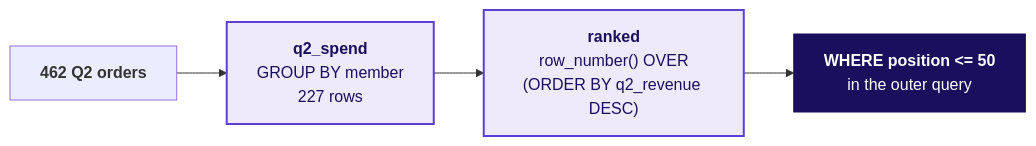
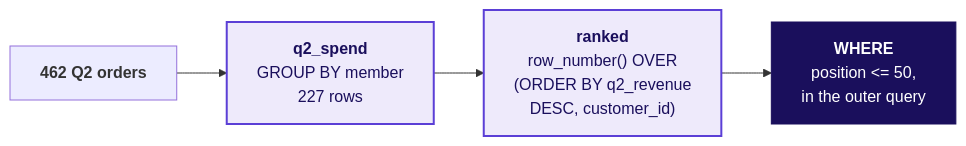
Before and after one commit to fde-academy-lab/c2-content-factory: the fourth of 20 diagrams in content/W02/D3/slides/C2_W02_D03_half1_STUDENT.md, drawn with Mermaid. The commit also changed other lines of this file and 43 other files, not shown here.

````diff
--- a/content/W02/D3/slides/C2_W02_D03_half1_STUDENT.md
+++ b/content/W02/D3/slides/C2_W02_D03_half1_STUDENT.md
@@ -241,10 +243,10 @@
 ```mermaid
 flowchart LR
     O["<b>462 Q2 orders</b>"] --> S["<b>q2_spend</b><br/>GROUP BY member<br/>227 rows"]
-    S --> N["<b>ranked</b><br/>row_number() OVER<br/>(ORDER BY q2_revenue DESC)"]
-    N --> K["<b>WHERE position <= 50</b><br/>in the outer query"]
+    S --> N["<b>ranked</b><br/>row_number() OVER<br/>(ORDER BY q2_revenue<br/>DESC, customer_id)"]
+    N --> K["<b>WHERE</b><br/>position <= 50,<br/>in the outer query"]
     classDef known fill:#EEEAFB,stroke:#5B3FD6,color:#1A0F5C,stroke-width:2px
     classDef bet fill:#1A0F5C,stroke:#1A0F5C,color:#FFFFFF
     class S,N known
     class K bet
 ```
````
